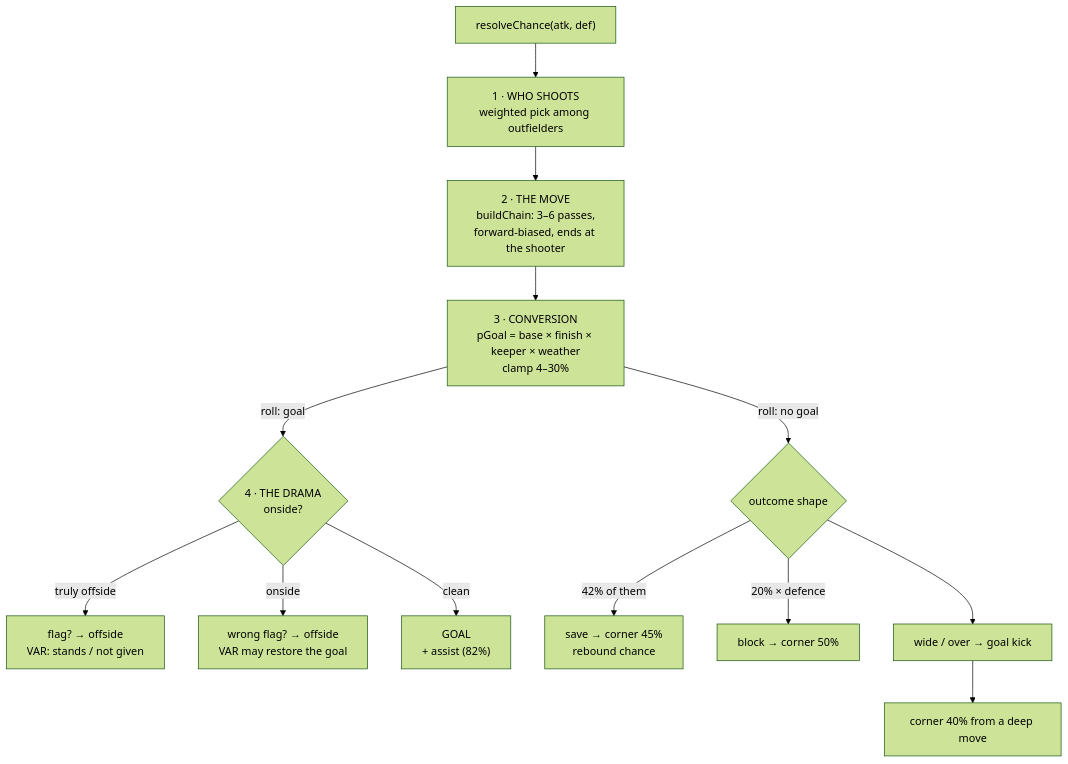
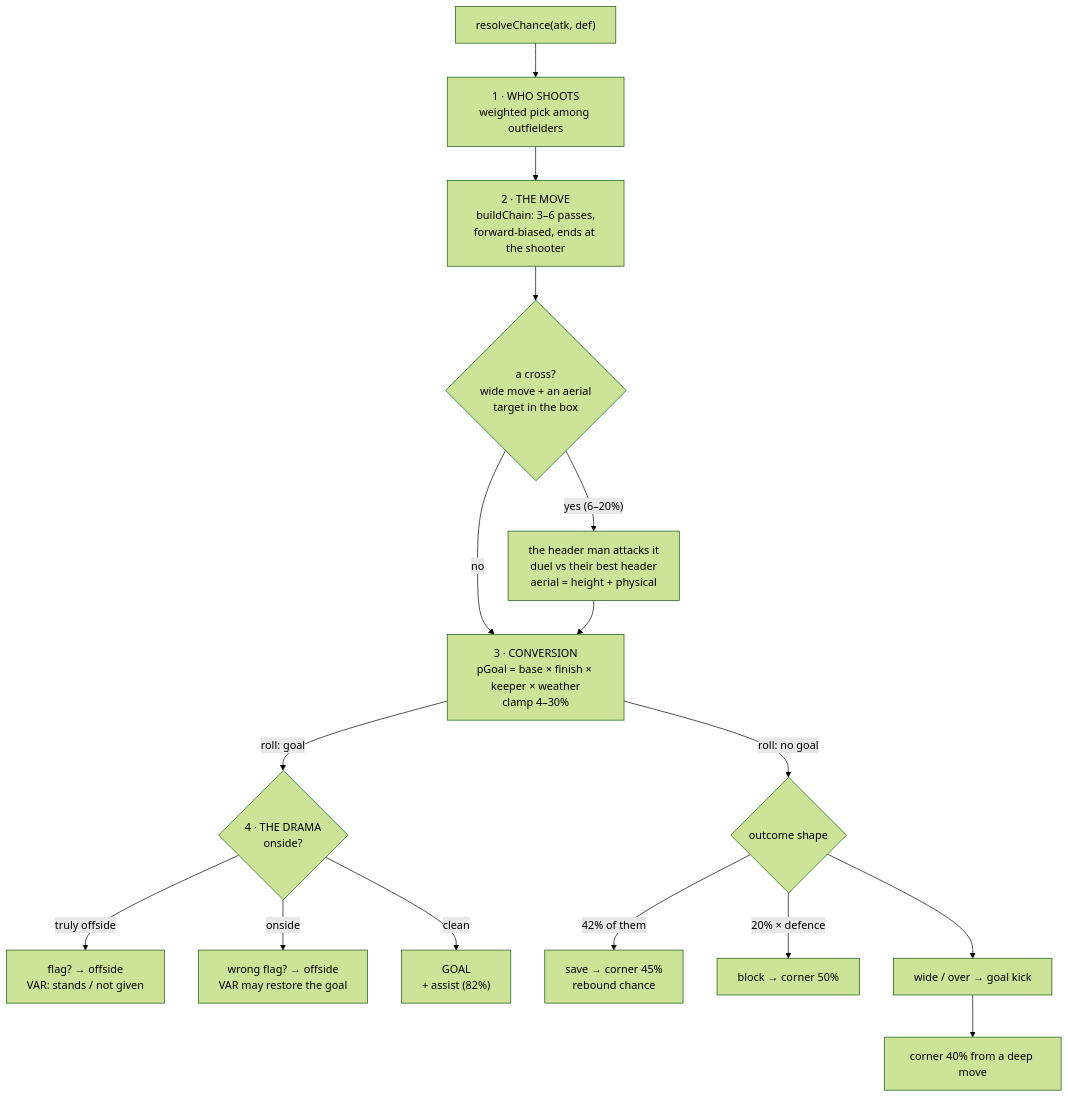
The third of 7 diagrams in docs/ENGINE-FLOW.md (JorgeQuijano/football-manager), drawn with Mermaid (forest theme) before and after one commit. The commit also changed 12 other files, not shown here.

Commit message:
feat: height, aerial duels and headed goals in open play (v0.34.0)

````diff
--- a/docs/ENGINE-FLOW.md
+++ b/docs/ENGINE-FLOW.md
@@ -57,15 +57,18 @@
 ```mermaid
 flowchart TD
   C0["resolveChance(atk, def)"] --> S1["1 · WHO SHOOTS<br/>weighted pick among outfielders"]
   S1 --> S2["2 · THE MOVE<br/>buildChain: 3–6 passes,<br/>forward-biased, ends at the shooter"]
-  S2 --> S3["3 · CONVERSION<br/>pGoal = base × finish × keeper × weather<br/>clamp 4–30%"]
+  S2 --> S2b{"a cross?<br/>wide move + an aerial<br/>target in the box"}
+  S2b -->|"yes (6–20%)"| CROSSH["the header man attacks it<br/>duel vs their best header<br/>aerial = height + physical"]
+  S2b -->|no| S3
+  CROSSH --> S3["3 · CONVERSION<br/>pGoal = base × finish × keeper × weather<br/>clamp 4–30%"]
   S3 -->|"roll: goal"| D1{"4 · THE DRAMA<br/>onside?"}
   S3 -->|"roll: no goal"| N1{"outcome shape"}
   D1 -->|"truly offside"| O1["flag? → offside<br/>VAR: stands / not given"]
   D1 -->|"onside"| O2["wrong flag? → offside<br/>VAR may restore the goal"]
   D1 -->|"clean"| GOAL["GOAL<br/>+ assist (82%)"]
   N1 -->|"42% of them"| SAVE["save → corner 45%<br/>rebound chance"]
   N1 -->|"20% × defence"| BLOCK["block → corner 50%"]
   N1 --> WIDE["wide / over → goal kick"]
   WIDE --> OUT["corner 40% from a deep move"]
 ```
````
